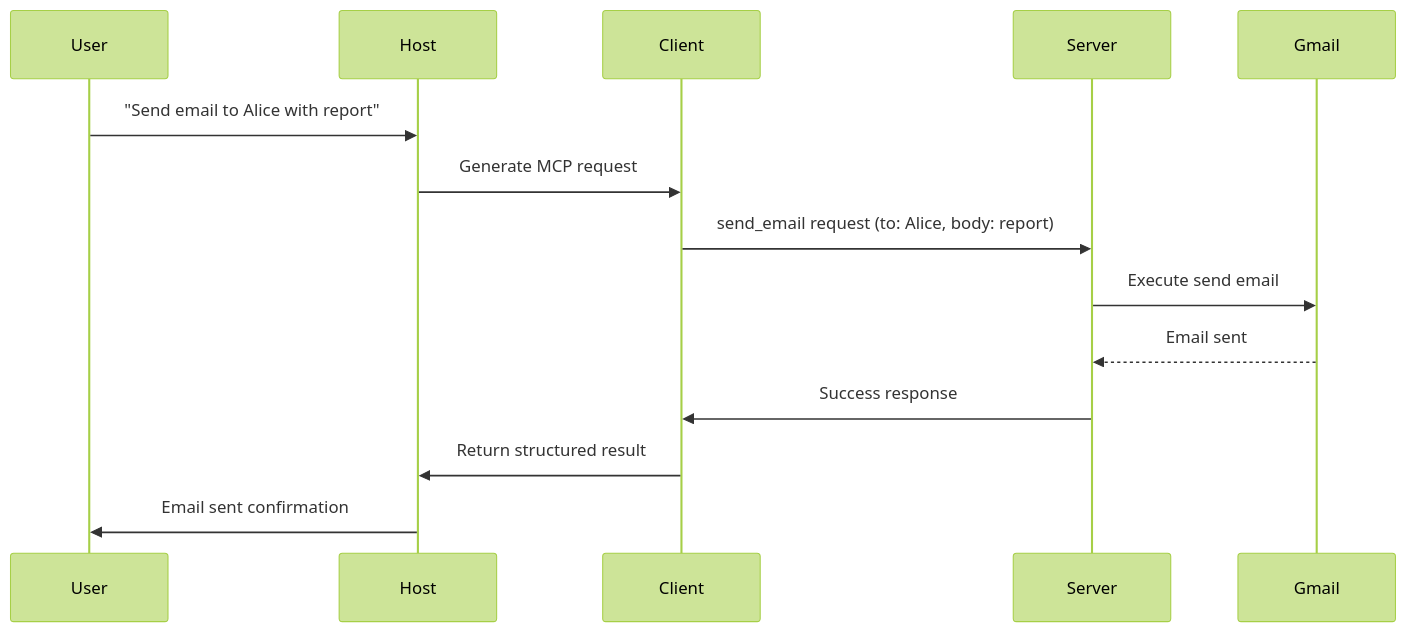
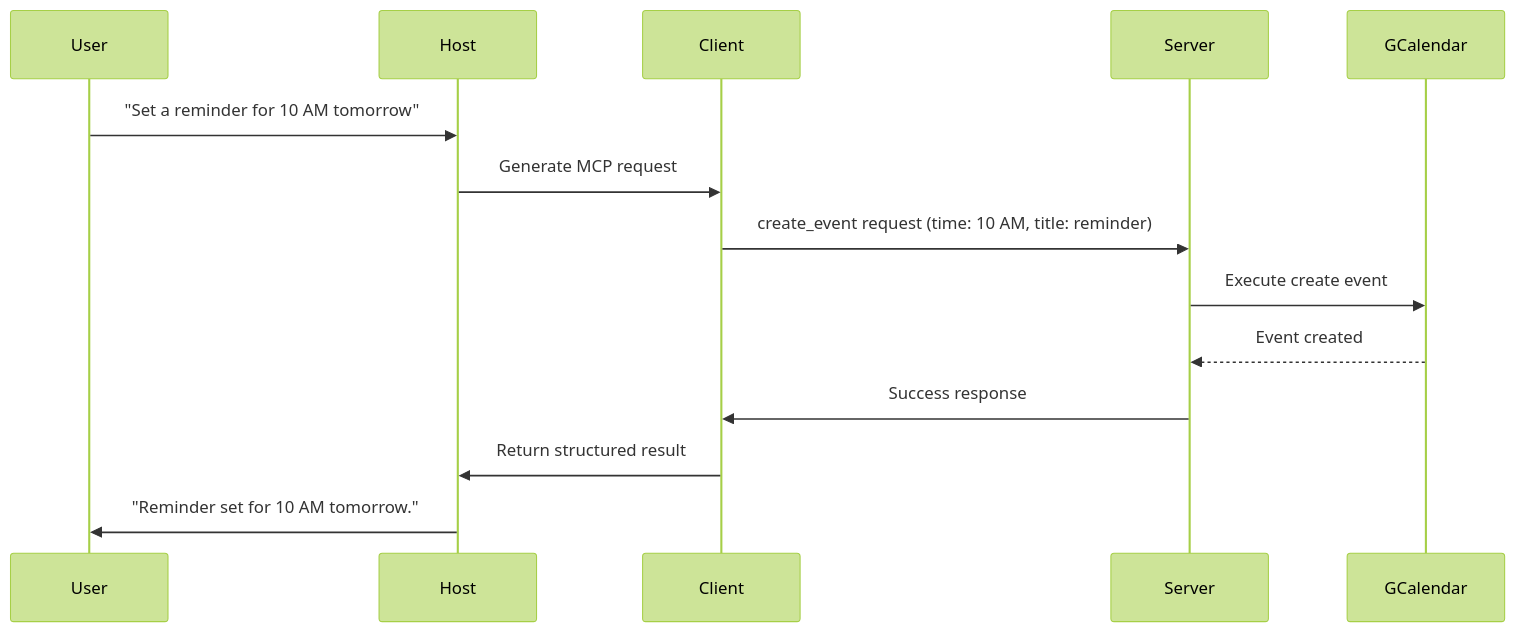
Before and after one commit to bicep/ol-demo: the fourth of 4 diagrams in docs/mcp-presentation.md, drawn with Mermaid (forest theme). The commit also changed other lines of this file and 2 other files, not shown here.

```diff
--- a/docs/mcp-presentation.md
+++ b/docs/mcp-presentation.md
@@ -121,16 +120,16 @@
 <div class="mermaid">
 sequenceDiagram
     participant User
     participant Host
     participant Client
     participant Server
-    participant Gmail
-    User->>Host: "Send email to Alice with report"
+    participant GCalendar
+    User->>Host: "Set a reminder for 10 AM tomorrow"
     Host->>Client: Generate MCP request
-    Client->>Server: send_email request (to: Alice, body: report)
-    Server->>Gmail: Execute send email
-    Gmail-->>Server: Email sent
+    Client->>Server: create_event request (time: 10 AM, title: reminder)
+    Server->>GCalendar: Execute create event
+    GCalendar-->>Server: Event created
     Server->>Client: Success response
     Client->>Host: Return structured result
-    Host->>User: Email sent confirmation
+    Host->>User: "Reminder set for 10 AM tomorrow."
 </div>
```
